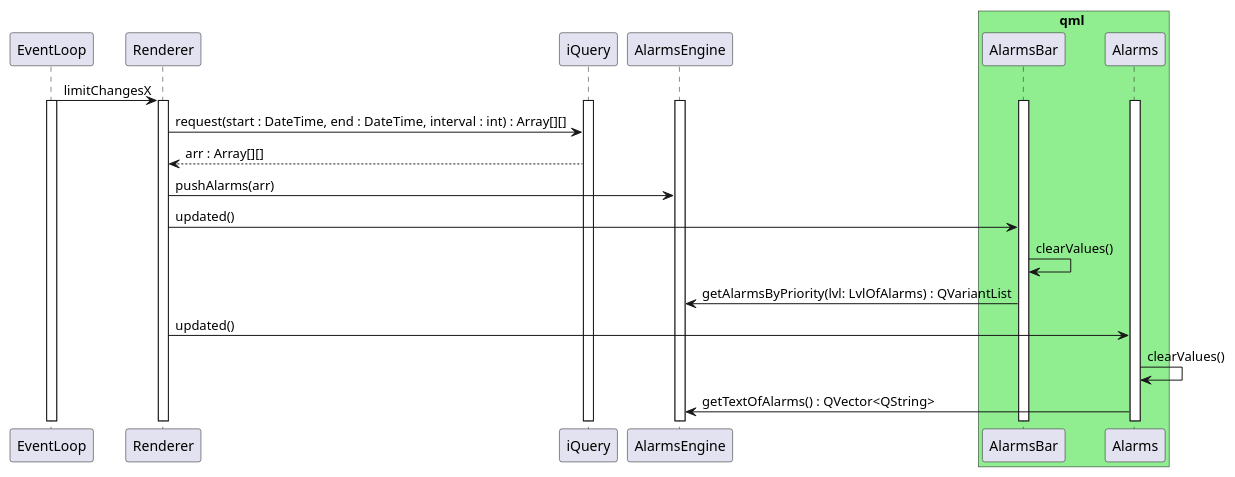
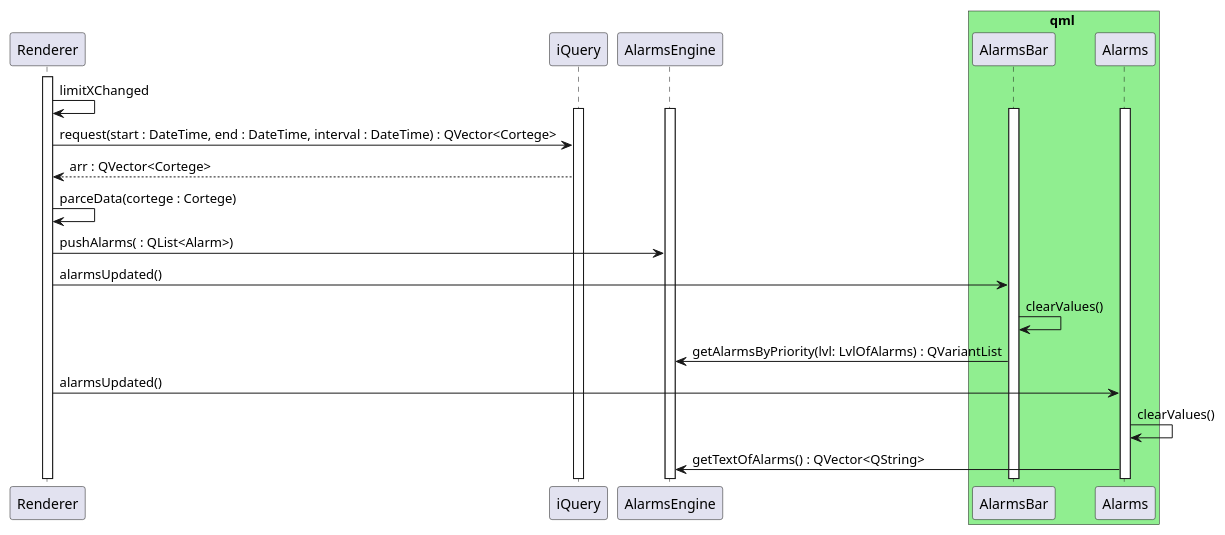
The diagram in SequenceDiagram.wsd (gpicugin/Diagrams), drawn with PlantUML before and after one commit. The commit also changed 1 other file, not shown here.

```diff
--- a/SequenceDiagram.wsd
+++ b/SequenceDiagram.wsd
@@ -1,31 +1,32 @@
 @startuml SequenceDiagram
 
 skinparam sequenceMessageAlign left
+activate Renderer
 
-EventLoop -> Renderer: limitChangesX
-activate EventLoop
-activate Renderer
+Renderer -> Renderer: limitXChanged
 activate AlarmsBar
 activate Alarms
 activate iQuery
 activate AlarmsEngine
 
-Renderer -> iQuery: request(start : DateTime, end : DateTime, interval : int) : Array[][]
-iQuery --> Renderer: arr : Array[][]
+Renderer -> iQuery: request(start : DateTime, end : DateTime, interval : DateTime) : QVector<Cortege>
+iQuery --> Renderer: arr : QVector<Cortege>
 
-Renderer -> AlarmsEngine: pushAlarms(arr)
+Renderer -> Renderer : parceData(cortege : Cortege)
 
-Renderer -> AlarmsBar: updated()
+Renderer -> AlarmsEngine: pushAlarms( : QList<Alarm>)
+
+Renderer -> AlarmsBar: alarmsUpdated()
 AlarmsBar -> AlarmsBar:  clearValues()
 AlarmsBar -> AlarmsEngine: getAlarmsByPriority(lvl: LvlOfAlarms) : QVariantList
 
-Renderer -> Alarms:  updated()
+Renderer -> Alarms:  alarmsUpdated()
 Alarms -> Alarms:  clearValues()
 Alarms -> AlarmsEngine: getTextOfAlarms() : QVector<QString>
 
 box qml #LightGreen
     participant AlarmsBar
     participant Alarms
 end box
 
 @enduml
```
